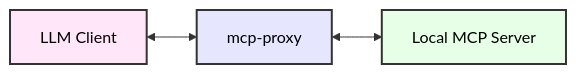
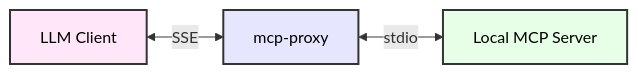
One commit to yufeikang/mcp-proxy changed the second of 2 diagrams in README.md. Above: the diagram before and after it, drawn with Mermaid. The commit also changed other lines of this file and 3 other files, not shown here.

````diff
--- a/README.md
+++ b/README.md
@@ -32,9 +81,9 @@
 ```mermaid
 graph LR
-    A["LLM Client"] <--> B["mcp-proxy"]
-    B <--> C["Local MCP Server"]
+    A["LLM Client"] <-->|SSE| B["mcp-proxy"]
+    B <-->|stdio| C["Local MCP Server"]
 
     style A fill:#ffe6f9,stroke:#333,color:black,stroke-width:2px
     style B fill:#e6e6ff,stroke:#333,color:black,stroke-width:2px
     style C fill:#e6ffe6,stroke:#333,color:black,stroke-width:2px
 ```
````
